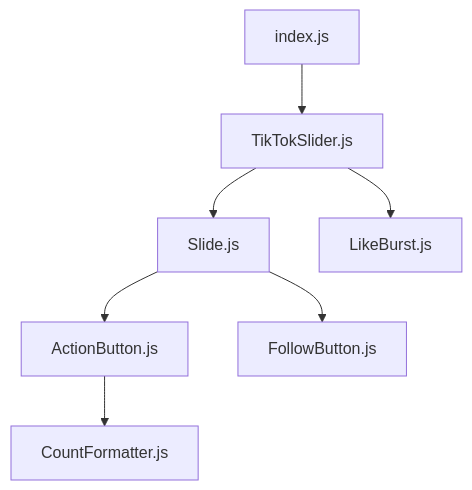
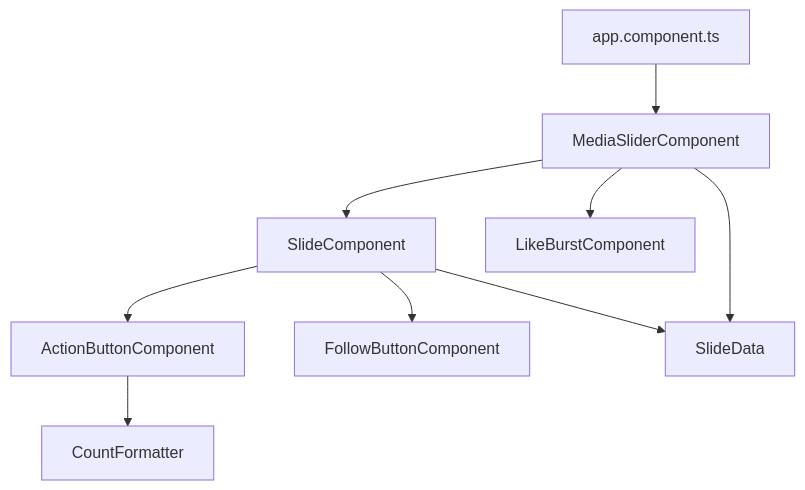
One commit to FranMaster08/media-slider changed the eighth of 8 diagrams in CLASS_DIAGRAM.md. Above: the diagram before and after it, drawn with Mermaid. The commit also changed other lines of this file and 47 other files, not shown here.

First line of the commit message:
feat: renombrar a media-slider y añadir persistencia con json-server

````diff
--- a/CLASS_DIAGRAM.md
+++ b/CLASS_DIAGRAM.md
@@ -143,9 +276,11 @@
 ```mermaid
 graph TD
-    A[index.js] --> B[TikTokSlider.js]
-    B --> C[Slide.js]
-    B --> D[LikeBurst.js]
-    C --> E[ActionButton.js]
-    C --> F[FollowButton.js]
-    E --> G[CountFormatter.js]
+    A[app.component.ts] --> B[MediaSliderComponent]
+    B --> C[SlideComponent]
+    B --> D[LikeBurstComponent]
+    C --> E[ActionButtonComponent]
+    C --> F[FollowButtonComponent]
+    C --> G[SlideData]
+    B --> G
+    E --> H[CountFormatter]
 ```
````
